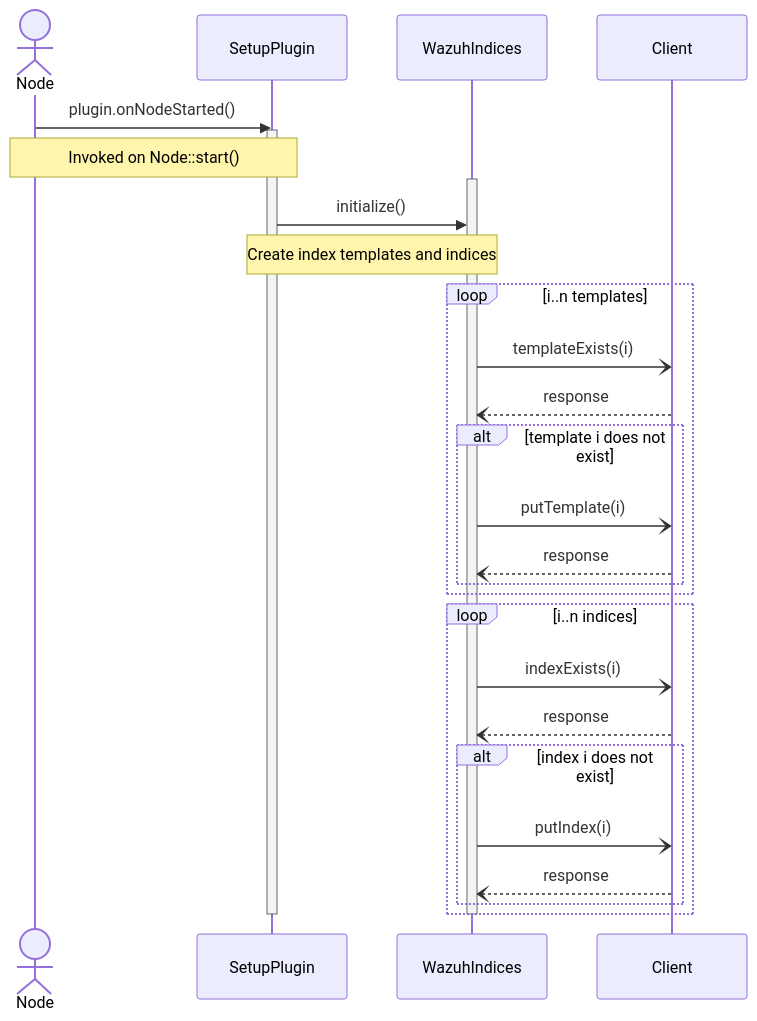
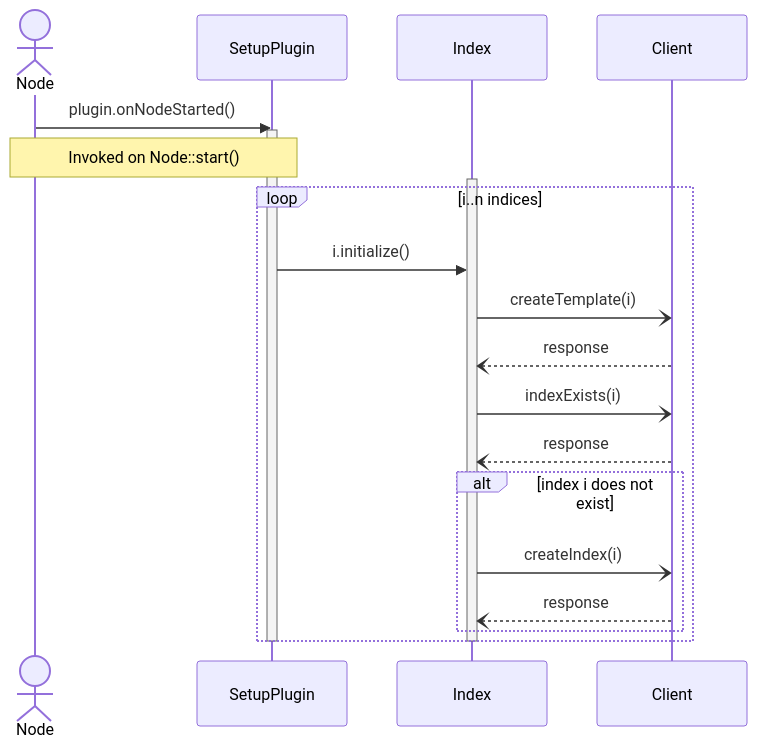
One commit to wazuh/wazuh-indexer-plugins changed the second of 2 diagrams in docs/ref/modules/setup/architecture.md. Above: the diagram before and after it, drawn with Mermaid. The commit also changed other lines of this file and 8 other files, not shown here.

First line of the commit message:
Add documentation for the setup plugin (#498)

````diff
--- a/docs/ref/modules/setup/architecture.md
+++ b/docs/ref/modules/setup/architecture.md
@@ -26,35 +79,29 @@
 ```mermaid
 sequenceDiagram
     actor Node
     participant SetupPlugin
-    participant WazuhIndices
+    participant Index
     participant Client
     Node->>SetupPlugin: plugin.onNodeStarted()
     activate SetupPlugin
     Note over Node,SetupPlugin: Invoked on Node::start()
 
-
-    activate WazuhIndices
-    SetupPlugin->>WazuhIndices: initialize()
+    activate Index
+    loop i..n indices
+        SetupPlugin->>Index: i.initialize()
 
 
-    Note over SetupPlugin,WazuhIndices: Create index templates and indices
-    loop i..n templates
-        WazuhIndices-)Client: templateExists(i)
-        Client--)WazuhIndices: response
-        alt template i does not exist
-            WazuhIndices-)Client: putTemplate(i)
-            Client--)WazuhIndices: response
+        Index-)Client: createTemplate(i)
+        Client--)Index: response
+
+        Index-)Client: indexExists(i)
+        Client--)Index: response
+        alt index i does not exist
+            Index-)Client: createIndex(i)
+            Client--)Index: response
         end
     end
-    loop i..n indices
-        WazuhIndices-)Client: indexExists(i)
-        Client--)WazuhIndices: response
-        alt index i does not exist
-            WazuhIndices-)Client: putIndex(i)
-            Client--)WazuhIndices: response
-        end
-    end
-    deactivate WazuhIndices
+
+    deactivate Index
     deactivate SetupPlugin
 ```
````
